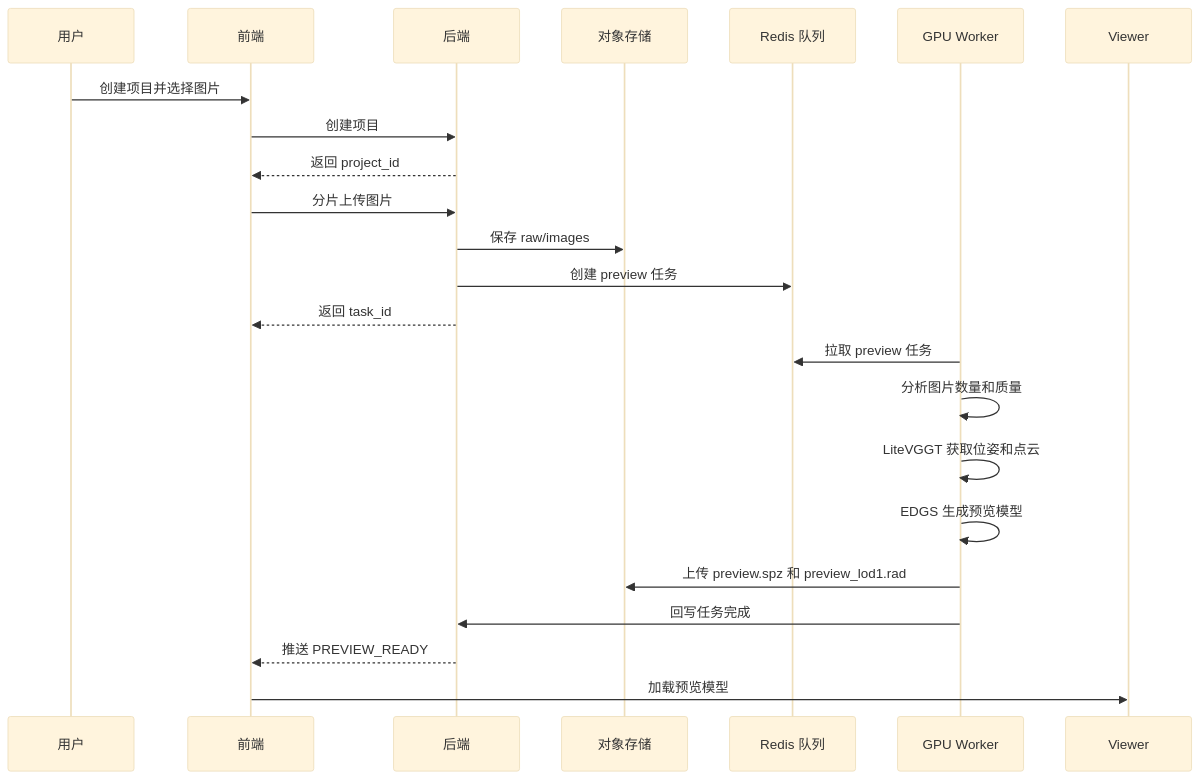
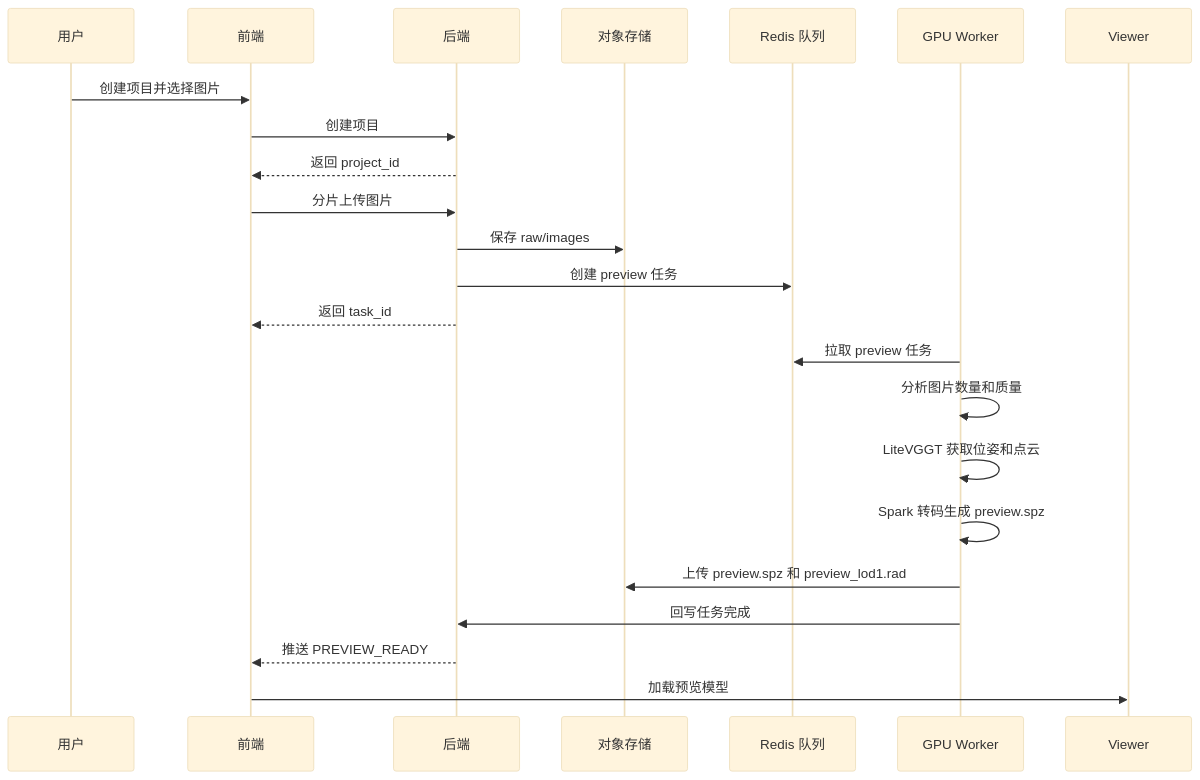
The first of 3 diagrams in doc/03-workflows-state.md (Braveliu66/3dgsbi), drawn with Mermaid (base theme) before and after one commit. The commit also changed other lines of this file and 1692 other files, not shown here.

````diff
--- a/doc/03-workflows-state.md
+++ b/doc/03-workflows-state.md
@@ -29,26 +29,26 @@
 ```mermaid
 sequenceDiagram
     participant U as 用户
     participant FE as 前端
     participant API as 后端
     participant S3 as 对象存储
     participant Q as Redis 队列
     participant W as GPU Worker
     participant V as Viewer
 
     U->>FE: 创建项目并选择图片
     FE->>API: 创建项目
     API-->>FE: 返回 project_id
     FE->>API: 分片上传图片
     API->>S3: 保存 raw/images
     API->>Q: 创建 preview 任务
     API-->>FE: 返回 task_id
     W->>Q: 拉取 preview 任务
     W->>W: 分析图片数量和质量
     W->>W: LiteVGGT 获取位姿和点云
-    W->>W: EDGS 生成预览模型
+    W->>W: Spark 转码生成 preview.spz
     W->>S3: 上传 preview.spz 和 preview_lod1.rad
     W->>API: 回写任务完成
     API-->>FE: 推送 PREVIEW_READY
     FE->>V: 加载预览模型
 ```
````
